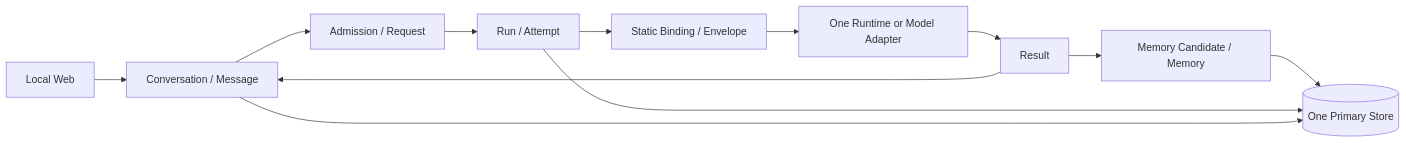
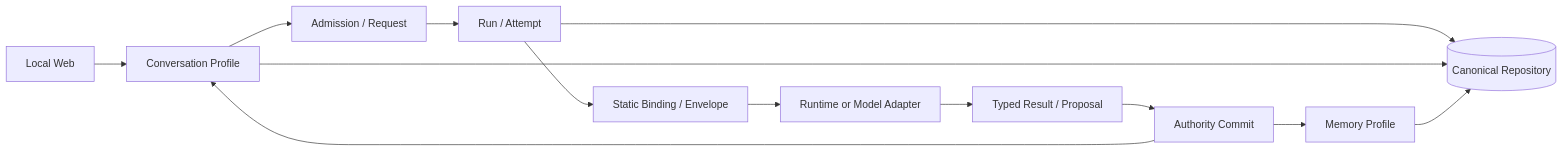
The diagram in docs/domain-model.md (wzw57/OpenShadow), drawn with Mermaid before and after one commit. The commit also changed other lines of this file, not shown here.

Commit message:
docs: align docs/domain-model.md with tiny kernel profiles

```diff
--- a/docs/domain-model.md
+++ b/docs/domain-model.md
@@ -466,18 +501,21 @@
 ~~~mermaid
 flowchart LR
     WEB["Local Web"]
-    CONV["Conversation / Message"]
+    CONV["Conversation Profile"]
     ADMIT["Admission / Request"]
     RUN["Run / Attempt"]
     BIND["Static Binding / Envelope"]
-    TARGET["One Runtime or Model Adapter"]
-    RESULT["Result"]
-    MEM["Memory Candidate / Memory"]
-    STORE[("One Primary Store")]
+    TARGET["Runtime or Model Adapter"]
+    RESULT["Typed Result / Proposal"]
+    COMMIT["Authority Commit"]
+    MEM["Memory Profile"]
+    STORE[("Canonical Repository")]
 
     WEB --> CONV --> ADMIT --> RUN --> BIND --> TARGET
-    TARGET --> RESULT --> CONV
-    RESULT --> MEM --> STORE
+    TARGET --> RESULT --> COMMIT
+    COMMIT --> CONV
+    COMMIT --> MEM
     RUN --> STORE
     CONV --> STORE
+    MEM --> STORE
 ~~~
```
